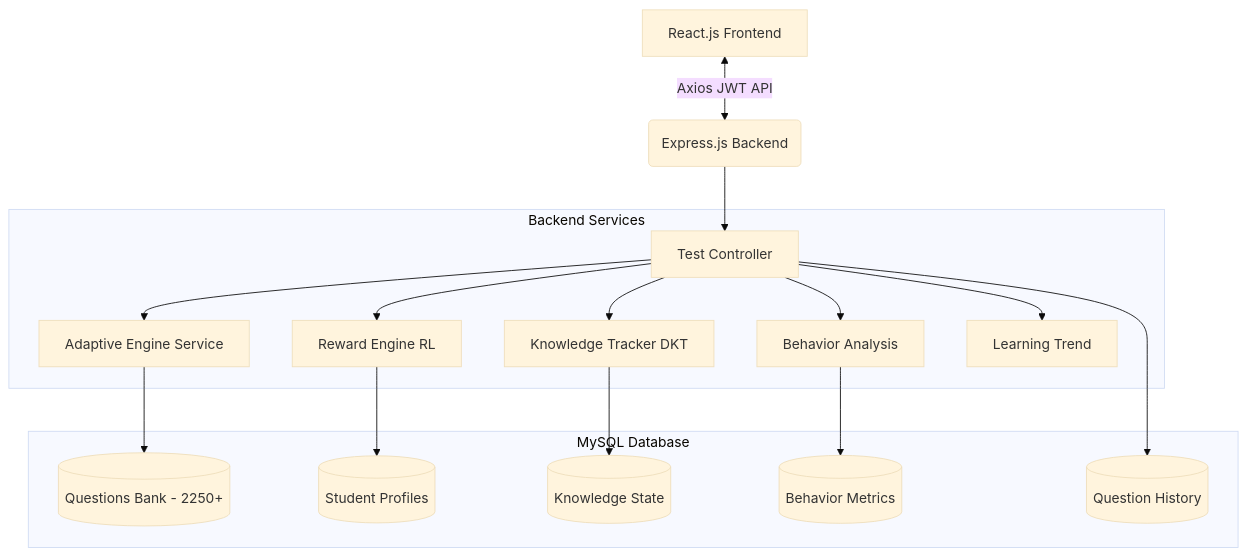
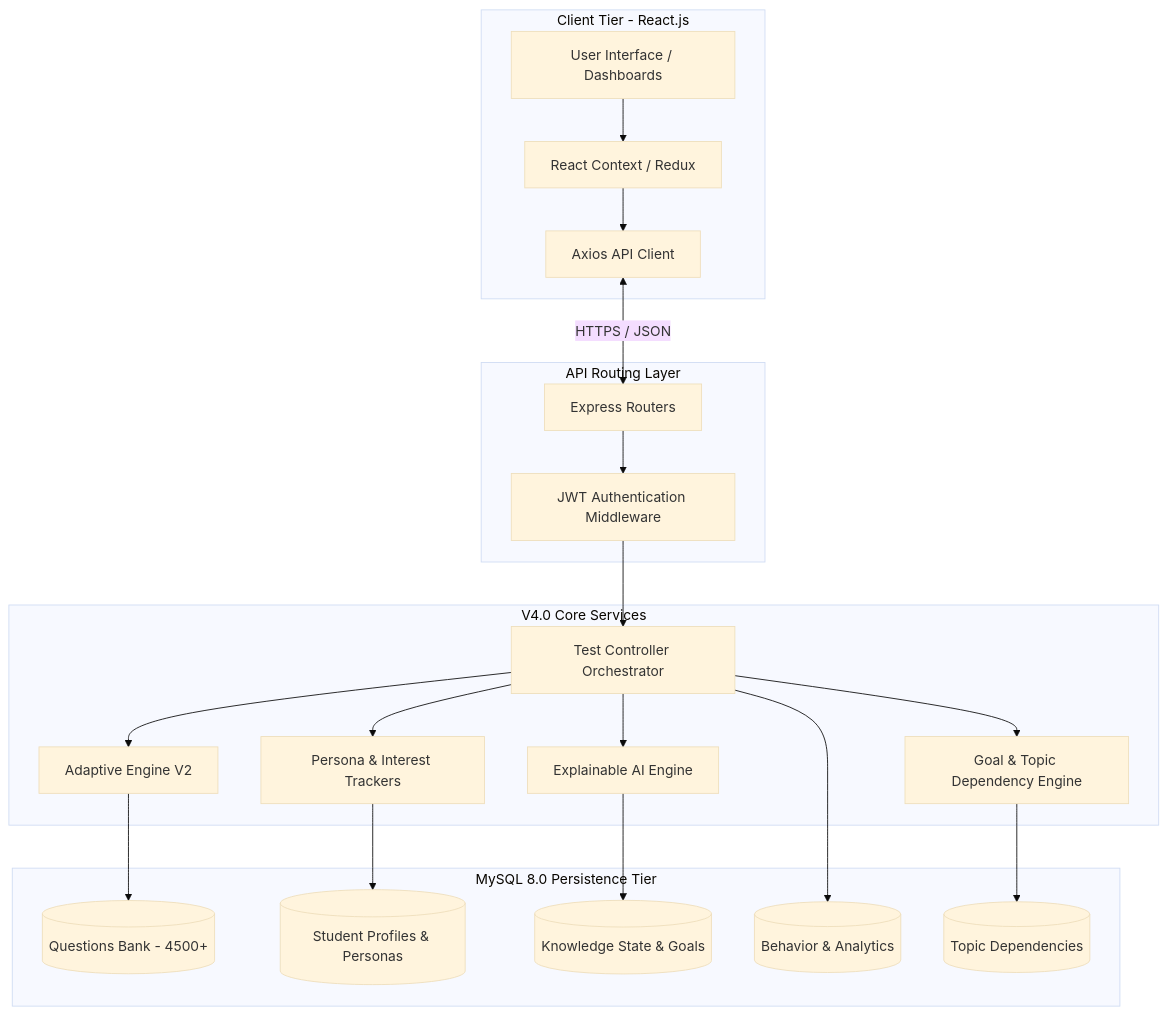
Before and after one commit to virendra093/adaptive-learning-platform: the first of 3 diagrams in docs/Architecture_and_Flow.md, drawn with Mermaid (base theme). The commit also changed other lines of this file and 136 other files, not shown here.

Commit message:
docs: Update architecture, flow, and UML diagrams; chore: Remove unused files

````diff
--- a/docs/Architecture_and_Flow.md
+++ b/docs/Architecture_and_Flow.md
@@ -113,34 +105,52 @@
 ```mermaid
 graph TD
-    A[React.js Frontend] <-->|Axios JWT API| B(Express.js Backend)
-    
-    subgraph Backend Services
-        C[Test Controller]
-        D[Adaptive Engine Service]
-        E[Knowledge Tracker DKT]
-        F[Reward Engine RL]
-        G[Behavior Analysis]
-        H[Learning Trend]
+    %% Frontend Layer
+    subgraph Frontend [Client Tier - React.js]
+        UI[User Interface / Dashboards]
+        State[React Context / Redux]
+        API_Client[Axios API Client]
+        
+        UI --> State
+        State --> API_Client
     end
     
-    B --> C
-    C --> D
-    C --> E
-    C --> F
-    C --> G
-    C --> H
-    
-    subgraph MySQL Database
-        I[(Questions Bank - 2250+)]
-        J[(Student Profiles)]
-        K[(Knowledge State)]
-        L[(Behavior Metrics)]
-        M[(Question History)]
+    %% API Gateway / Routing Layer
+    subgraph Gateway [API Routing Layer]
+        Router[Express Routers]
+        AuthMW[JWT Authentication Middleware]
+        
+        Router --> AuthMW
     end
     
-    D --> I
-    E --> K
-    F --> J
-    G --> L
-    C --> M
+    API_Client <-->|HTTPS / JSON| Router
+    
+    %% Core Business Logic Layer
+    subgraph Core Logic [V4.0 Core Services]
+        TestCtrl[Test Controller Orchestrator]
+        AdaptEng[Adaptive Engine V2]
+        XAIEng[Explainable AI Engine]
+        GoalEng[Goal & Topic Dependency Engine]
+        PersonaEng[Persona & Interest Trackers]
+        
+        AuthMW --> TestCtrl
+        TestCtrl --> AdaptEng
+        TestCtrl --> XAIEng
+        TestCtrl --> GoalEng
+        TestCtrl --> PersonaEng
+    end
+    
+    %% Database Layer
+    subgraph Database [MySQL 8.0 Persistence Tier]
+        DB_Quest[(Questions Bank - 4500+)]
+        DB_Prof[(Student Profiles & Personas)]
+        DB_State[(Knowledge State & Goals)]
+        DB_Behav[(Behavior & Analytics)]
+        DB_Graph[(Topic Dependencies)]
+    end
+    
+    AdaptEng --> DB_Quest
+    XAIEng --> DB_State
+    GoalEng --> DB_Graph
+    PersonaEng --> DB_Prof
+    TestCtrl --> DB_Behav
 ```
````
